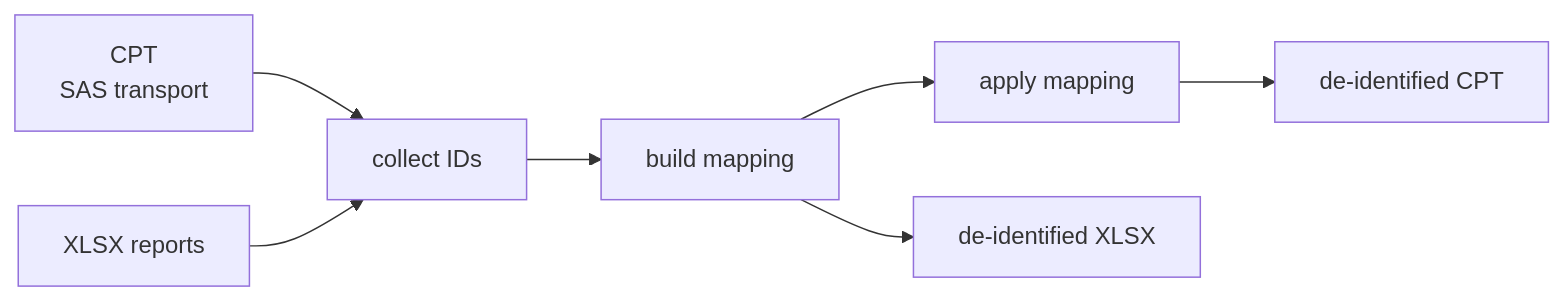
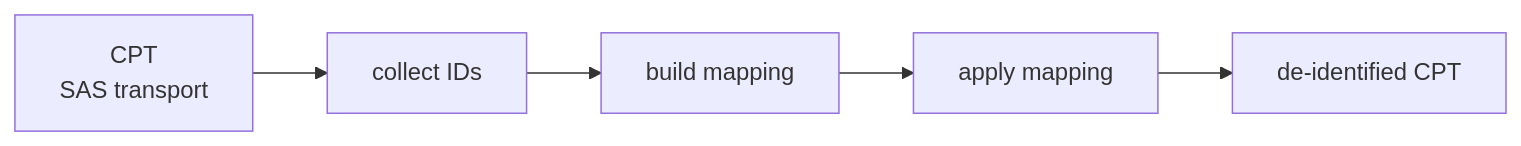
Before and after one commit to PEDSnet/COMPARE-LessID: the diagram in README.md, drawn with Mermaid. The commit also changed other lines of this file, not shown here.

Commit message:
remove XLSX processing references from README

````diff
--- a/README.md
+++ b/README.md
@@ -9,17 +9,13 @@
 ```mermaid
 flowchart LR
     CPT[CPT\nSAS transport]
-    XLSX[XLSX reports]
     CI[collect IDs]
     BM[build mapping]
     AM[apply mapping]
     OUT_CPT[de-identified CPT]
-    OUT_XLSX[de-identified XLSX]
 
     CPT --> CI
-    XLSX --> CI
     CI --> BM
     BM --> AM
     AM --> OUT_CPT
-    BM --> OUT_XLSX
 ```
````
